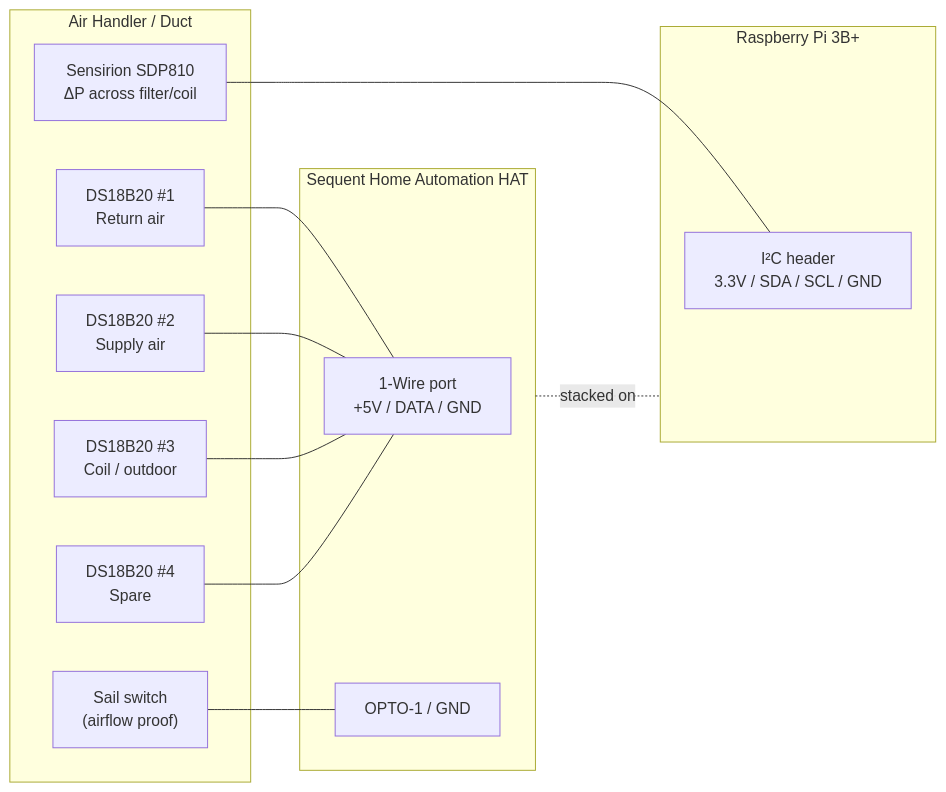
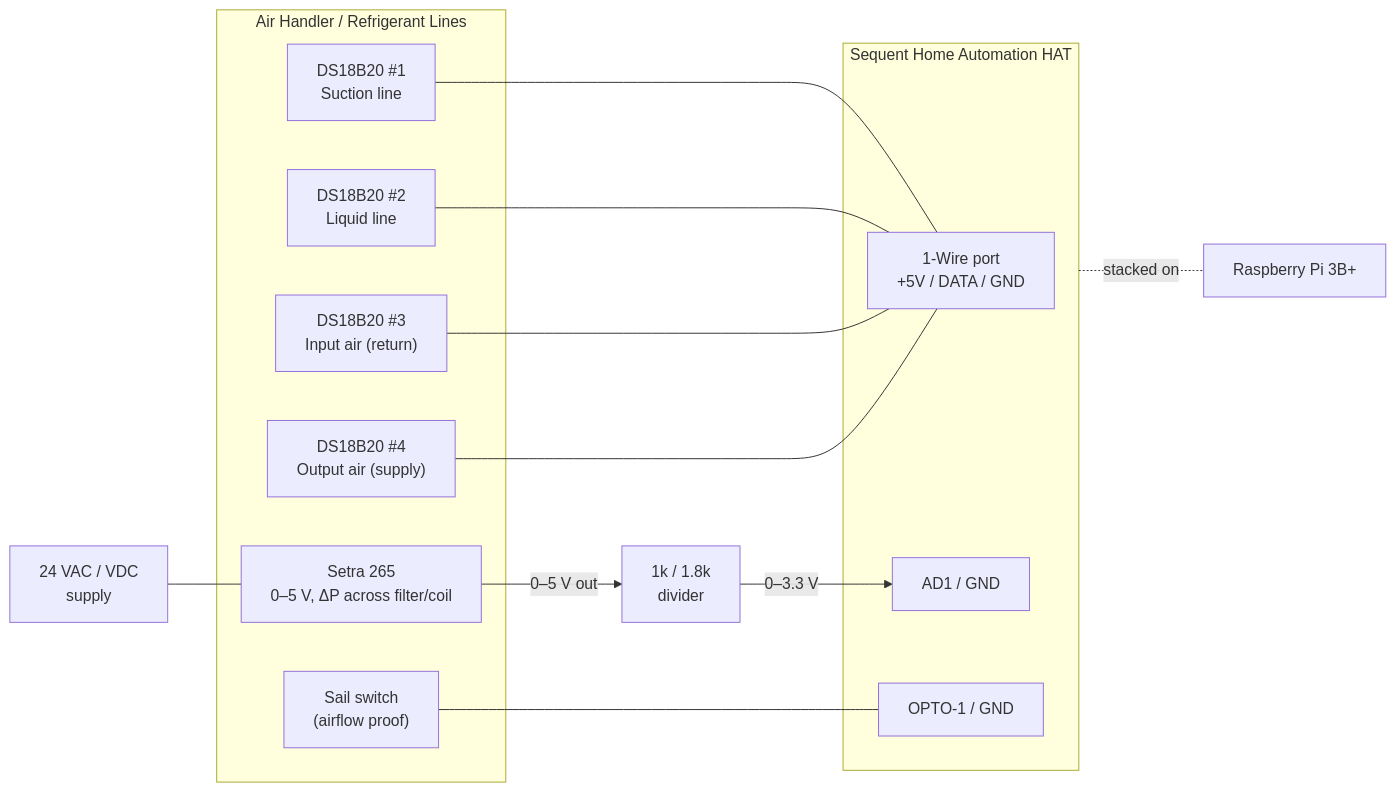
One commit to jeffstrout/ac-monitor changed the diagram in docs/hardware.md. Above: the diagram before and after it, drawn with Mermaid. The commit also changed other lines of this file and 8 other files, not shown here.

````diff
--- a/docs/hardware.md
+++ b/docs/hardware.md
@@ -51,28 +57,32 @@
 ```mermaid
 flowchart LR
-    subgraph AH["Air Handler / Duct"]
-      T1["DS18B20 #1<br/>Return air"]
-      T2["DS18B20 #2<br/>Supply air"]
-      T3["DS18B20 #3<br/>Coil / outdoor"]
-      T4["DS18B20 #4<br/>Spare"]
+    subgraph FIELD["Air Handler / Refrigerant Lines"]
+      T1["DS18B20 #1<br/>Suction line"]
+      T2["DS18B20 #2<br/>Liquid line"]
+      T3["DS18B20 #3<br/>Input air (return)"]
+      T4["DS18B20 #4<br/>Output air (supply)"]
       SAIL["Sail switch<br/>(airflow proof)"]
-      SDP["Sensirion SDP810<br/>ΔP across filter/coil"]
+      SETRA["Setra 265<br/>0–5 V, ΔP across filter/coil"]
     end
+
+    DIV["1k / 1.8k<br/>divider"]
+    P24["24 VAC / VDC<br/>supply"]
 
     subgraph HAT["Sequent Home Automation HAT"]
       OW["1-Wire port<br/>+5V / DATA / GND"]
+      AD1["AD1 / GND"]
       O1["OPTO-1 / GND"]
     end
 
-    subgraph PI["Raspberry Pi 3B+"]
-      I2C["I²C header<br/>3.3V / SDA / SCL / GND"]
-    end
+    PI["Raspberry Pi 3B+"]
 
     T1 --- OW
     T2 --- OW
     T3 --- OW
     T4 --- OW
     SAIL --- O1
-    SDP --- I2C
+    P24 --- SETRA
+    SETRA -- "0–5 V out" --> DIV
+    DIV -- "0–3.3 V" --> AD1
     HAT -.stacked on.- PI
 ```
````
